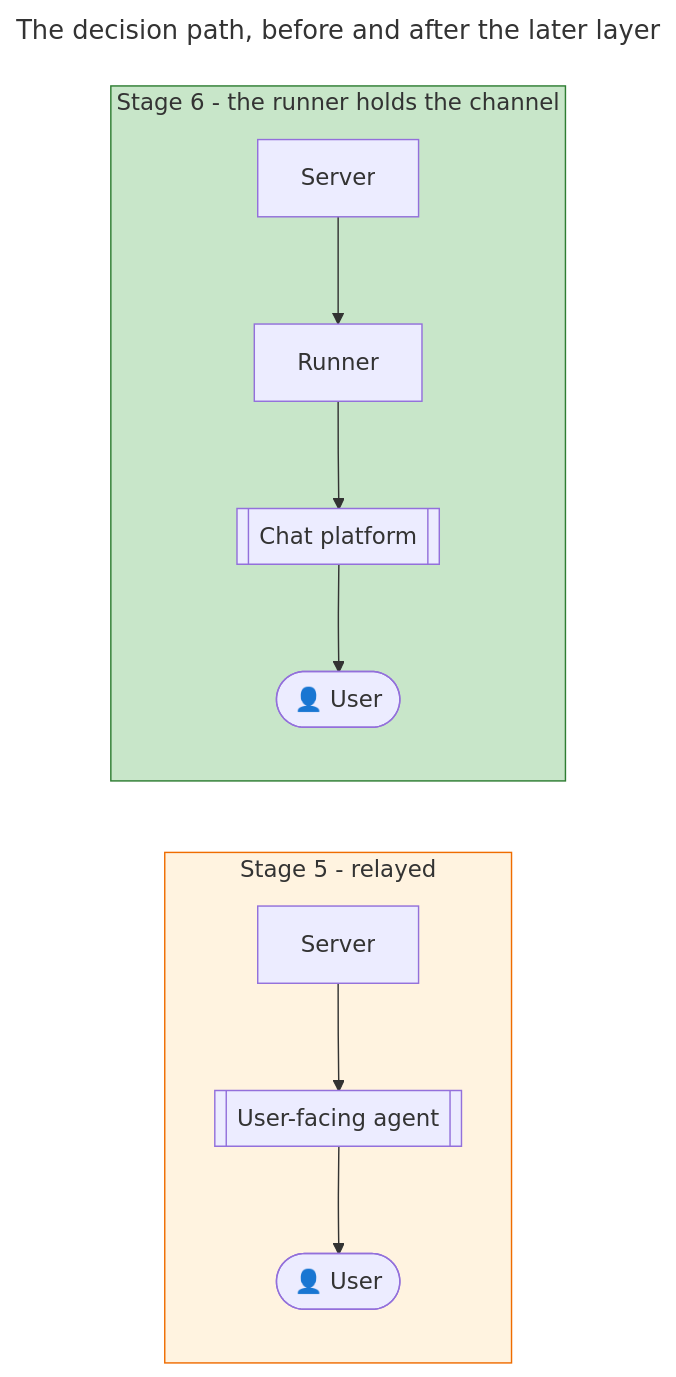
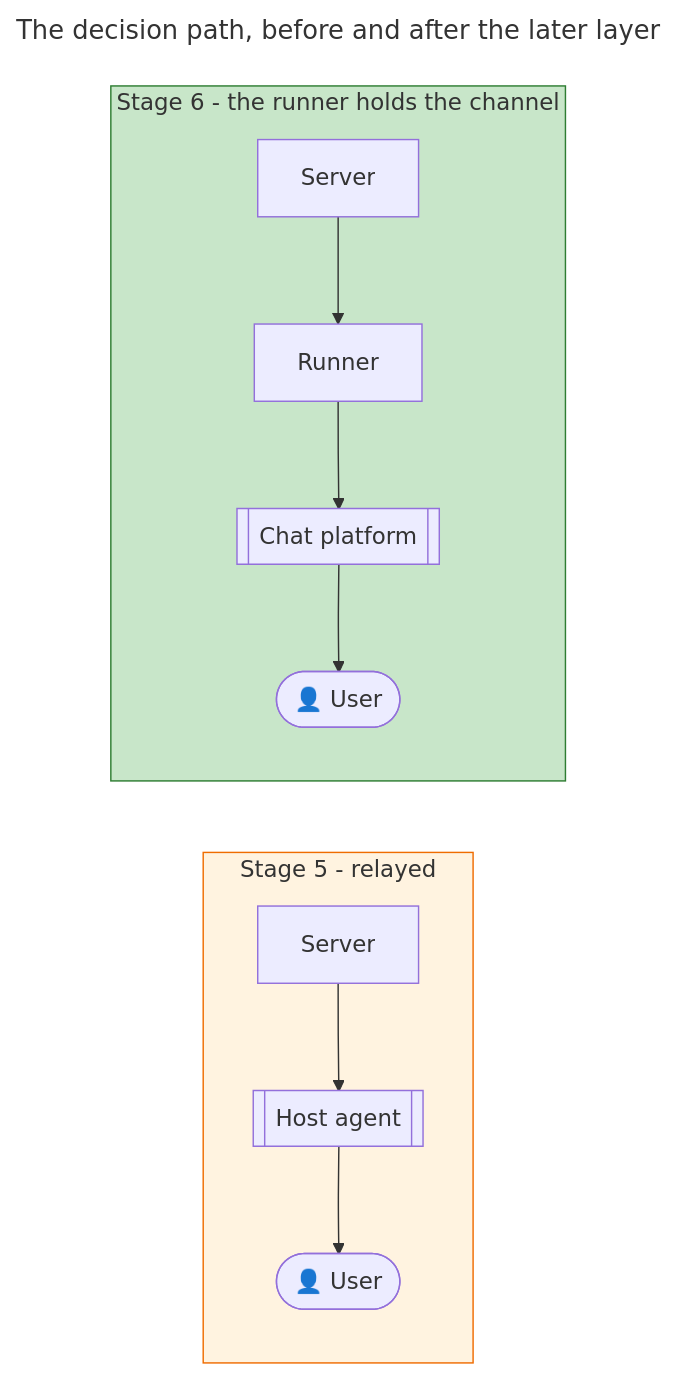
One commit to m2ux/workflow-server changed diagram 15 of 15 in artifacts/planning/2026-08-28-runner-execution-protocol/README.md. Above: the diagram before and after it, drawn with Mermaid. The commit also changed other lines of this file, not shown here.

````diff
--- a/artifacts/planning/2026-08-28-runner-execution-protocol/README.md
+++ b/artifacts/planning/2026-08-28-runner-execution-protocol/README.md
@@ -834,16 +890,16 @@
 ```mermaid
 ---
 title: The decision path, before and after the later layer
 ---
 flowchart LR
     subgraph Now [Stage 5 - relayed]
-        S1[Server] --> F1[[User-facing agent]] --> U1([👤 User])
+        S1[Server] --> F1[[Host agent]] --> U1([👤 User])
     end
 
     subgraph Later [Stage 6 - the runner holds the channel]
         S2[Server] --> R2[Runner] --> Chat[[Chat platform]] --> U2([👤 User])
     end
 
     style Now fill:#fff3e0,stroke:#ef6c00
     style Later fill:#c8e6c9,stroke:#2e7d32
 ```
````
